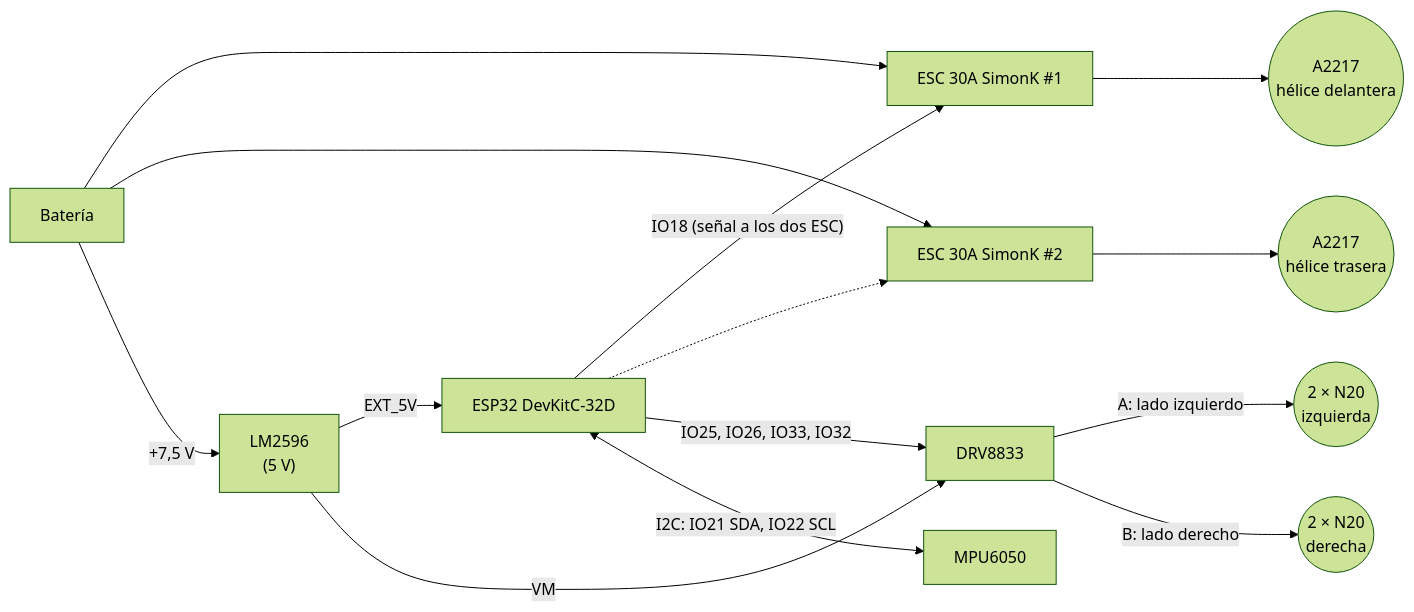
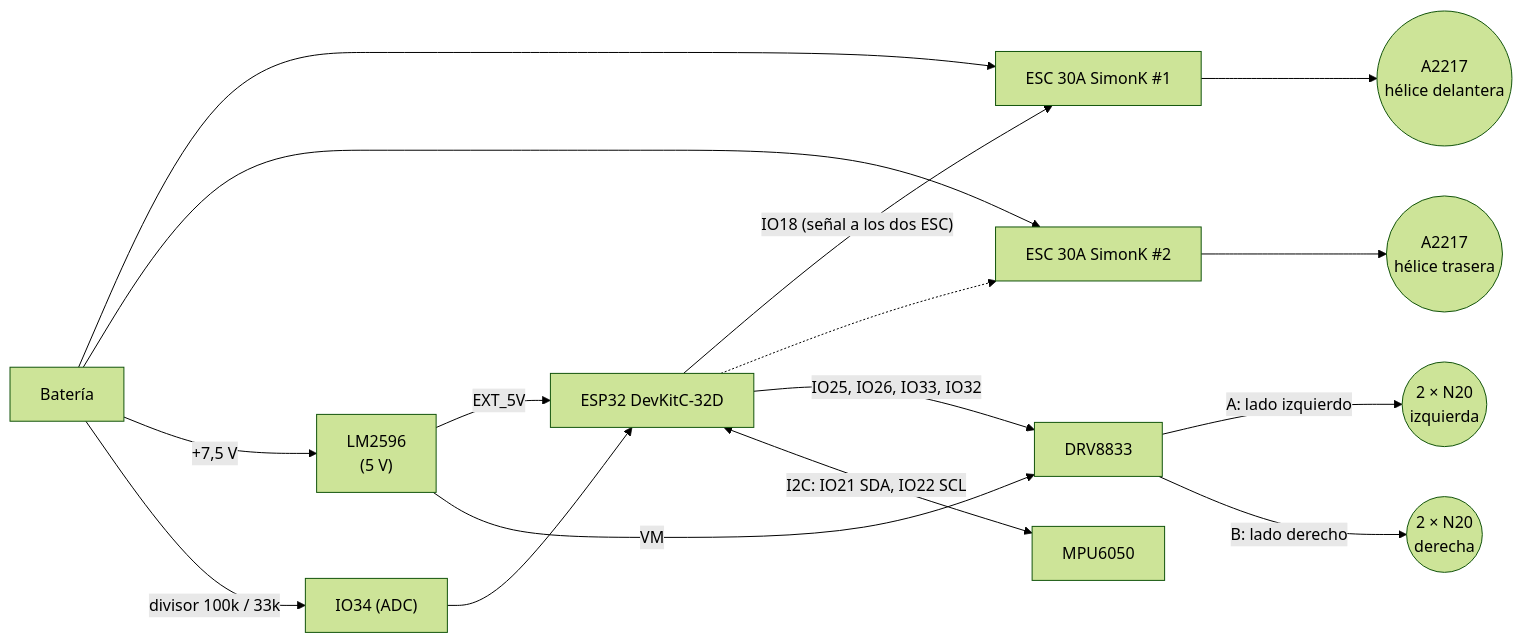
Before and after one commit to saratatianatorres-ops/Escalador: the diagram in hardware/README.md, drawn with Mermaid (forest theme). The commit also changed other lines of this file and 12 other files, not shown here.

````diff
--- a/hardware/README.md
+++ b/hardware/README.md
@@ -13,14 +13,15 @@
 ```mermaid
 flowchart LR
     BAT["Batería"] --> ESC1["ESC 30A SimonK #1"] --> M1(("A2217<br/>hélice delantera"))
     BAT --> ESC2["ESC 30A SimonK #2"] --> M2(("A2217<br/>hélice trasera"))
     BAT -->|"+7,5 V"| REG["LM2596<br/>(5 V)"]
     REG -->|"EXT_5V"| ESP["ESP32 DevKitC-32D"]
     REG -->|"VM"| DRV["DRV8833"]
     ESP -->|"IO18 (señal a los dos ESC)"| ESC1
     ESP -.-> ESC2
     ESP -->|"IO25, IO26, IO33, IO32"| DRV
     DRV -->|"A: lado izquierdo"| NL(("2 × N20<br/>izquierda"))
     DRV -->|"B: lado derecho"| NR(("2 × N20<br/>derecha"))
     ESP <-->|"I2C: IO21 SDA, IO22 SCL"| IMU["MPU6050"]
+    BAT -->|"divisor 100k / 33k"| DIV["IO34 (ADC)"] --> ESP
 ```
````
